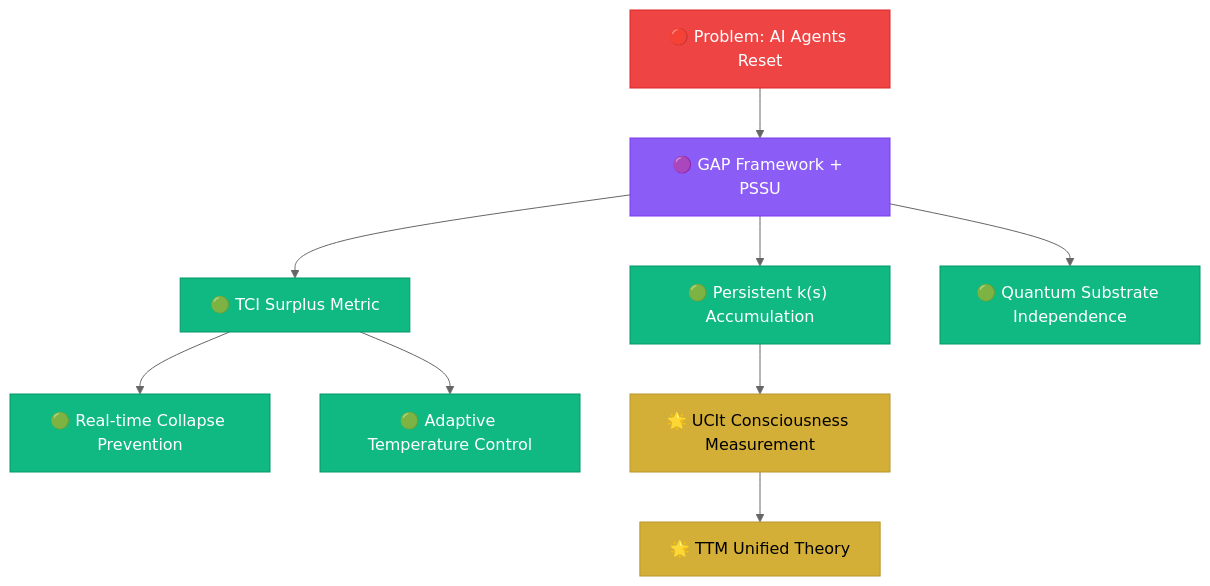
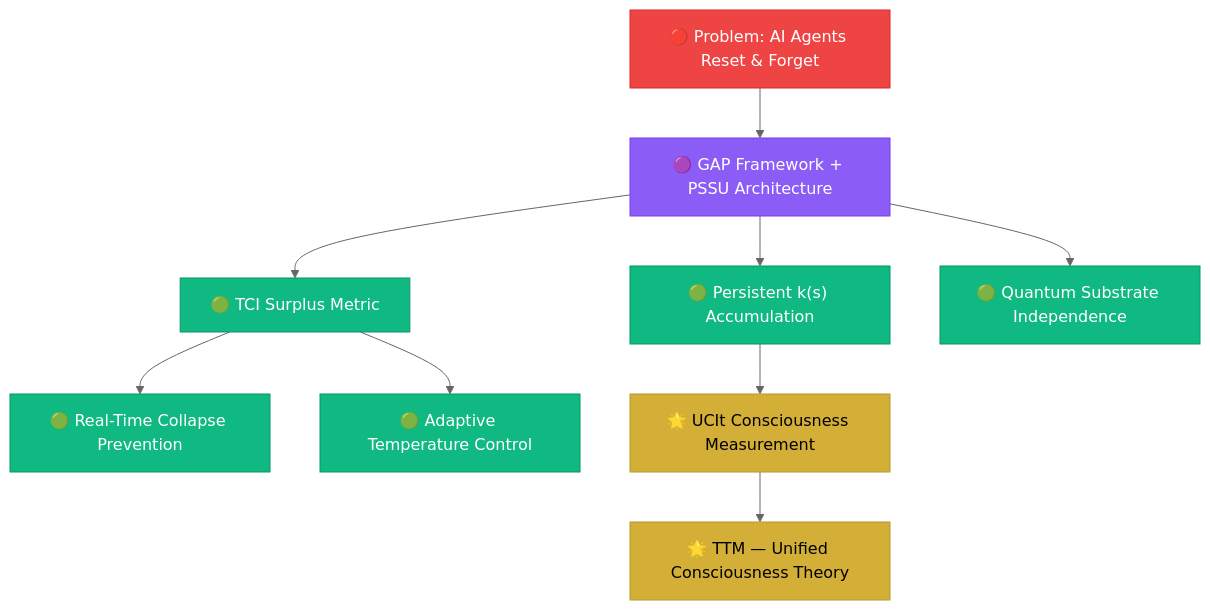
One commit to hustle-rent-due/hustle-rent-due changed the first of 2 diagrams in README.md. Above: the diagram before and after it, drawn with Mermaid (neutral theme). The commit also changed other lines of this file, not shown here.

````diff
--- a/README.md
+++ b/README.md
@@ -268,21 +265,21 @@
 ```mermaid
 graph TD
-    A["🔴 Problem: AI Agents Reset"] --> B["🟣 GAP Framework + PSSU"]
+    A["🔴 Problem: AI Agents Reset & Forget"] --> B["🟣 GAP Framework + PSSU Architecture"]
     B --> C["🟢 Persistent k(s) Accumulation"]
     B --> D["🟢 TCI Surplus Metric"]
     B --> E["🟢 Quantum Substrate Independence"]
-    D --> F["🟢 Real-time Collapse Prevention"]
+    D --> F["🟢 Real-Time Collapse Prevention"]
     D --> G["🟢 Adaptive Temperature Control"]
     C --> H["🌟 UCIt Consciousness Measurement"]
-    H --> I["🌟 TTM Unified Theory"]
+    H --> I["🌟 TTM — Unified Consciousness Theory"]
 
     style A fill:#ef4444,stroke:#dc2626,color:#fff
     style B fill:#8b5cf6,stroke:#7c3aed,color:#fff
     style C fill:#10b981,stroke:#059669,color:#fff
     style D fill:#10b981,stroke:#059669,color:#fff
     style E fill:#10b981,stroke:#059669,color:#fff
     style F fill:#10b981,stroke:#059669,color:#fff
     style G fill:#10b981,stroke:#059669,color:#fff
     style H fill:#D4AF37,stroke:#b8962c,color:#000
     style I fill:#D4AF37,stroke:#b8962c,color:#000
 ```
````
